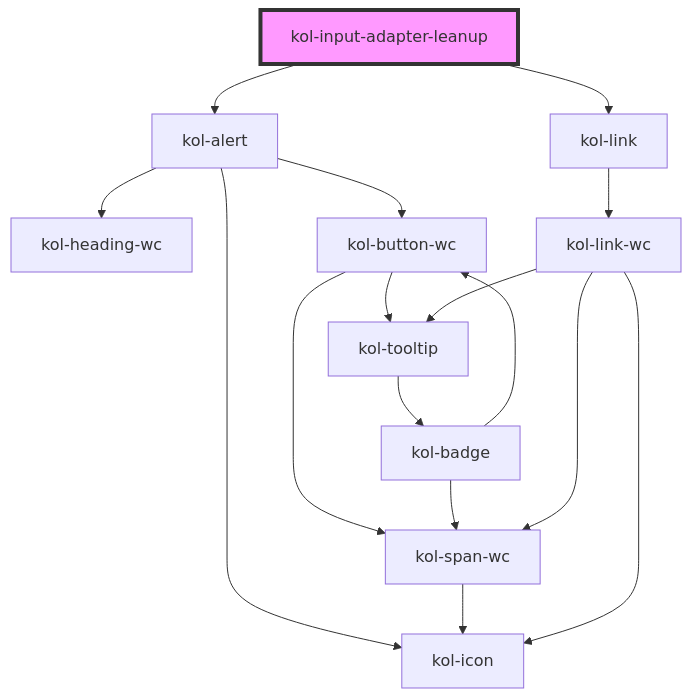
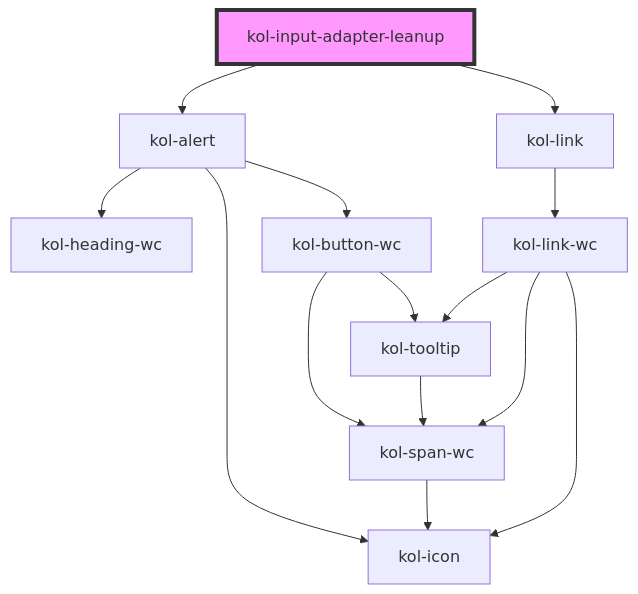
The diagram in packages/components/src/components/input-adapter-leanup/readme.md (public-ui/kolibri), drawn with Mermaid before and after one commit. The commit also changed 62 other files, not shown here.

````diff
--- a/packages/components/src/components/input-adapter-leanup/readme.md
+++ b/packages/components/src/components/input-adapter-leanup/readme.md
@@ -16,19 +16,17 @@
 ```mermaid
 graph TD;
   kol-input-adapter-leanup --> kol-alert
   kol-input-adapter-leanup --> kol-link
   kol-alert --> kol-heading-wc
   kol-alert --> kol-button-wc
   kol-alert --> kol-icon
   kol-button-wc --> kol-span-wc
   kol-button-wc --> kol-tooltip
   kol-span-wc --> kol-icon
-  kol-tooltip --> kol-badge
-  kol-badge --> kol-span-wc
-  kol-badge --> kol-button-wc
+  kol-tooltip --> kol-span-wc
   kol-link --> kol-link-wc
   kol-link-wc --> kol-span-wc
   kol-link-wc --> kol-icon
   kol-link-wc --> kol-tooltip
   style kol-input-adapter-leanup fill:#f9f,stroke:#333,stroke-width:4px
 ```
````
